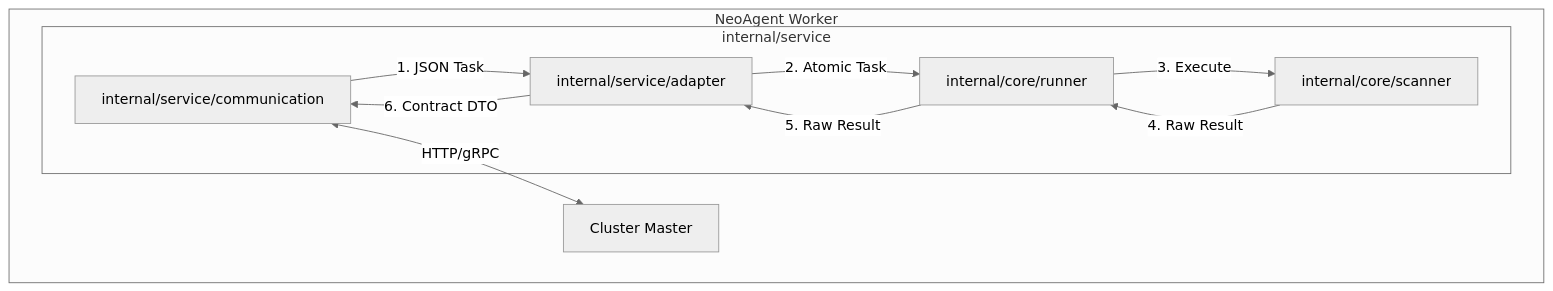
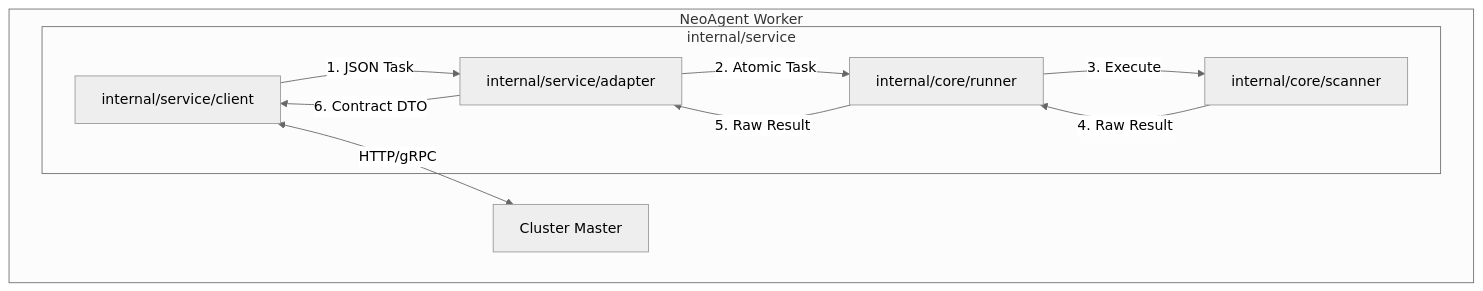
One commit to sun977/NeoScan changed the diagram in neoAgent/docs/Server重构设计方案.md. Above: the diagram before and after it, drawn with Mermaid (neutral theme). The commit also changed other lines of this file, not shown here.

````diff
--- a/neoAgent/docs/Server重构设计方案.md
+++ b/neoAgent/docs/Server重构设计方案.md
@@ -20,19 +20,19 @@
 ```mermaid
 graph TD
     Master[Cluster Master]
     
     subgraph NeoAgent [NeoAgent Worker]
-        Client[internal/service/communication] <--> |HTTP/gRPC| Master
+        Client[internal/service/client] <--> |HTTP/gRPC| Master
         
         subgraph Service Layer [internal/service]
             Client --> |1. JSON Task| Adapter[internal/service/adapter]
             Adapter --> |2. Atomic Task| Runner[internal/core/runner]
             
             Runner --> |3. Execute| Scanners[internal/core/scanner]
             
             Scanners --> |4. Raw Result| Runner
             Runner --> |5. Raw Result| Adapter
             Adapter --> |6. Contract DTO| Client
         end
     end
 ```
````
